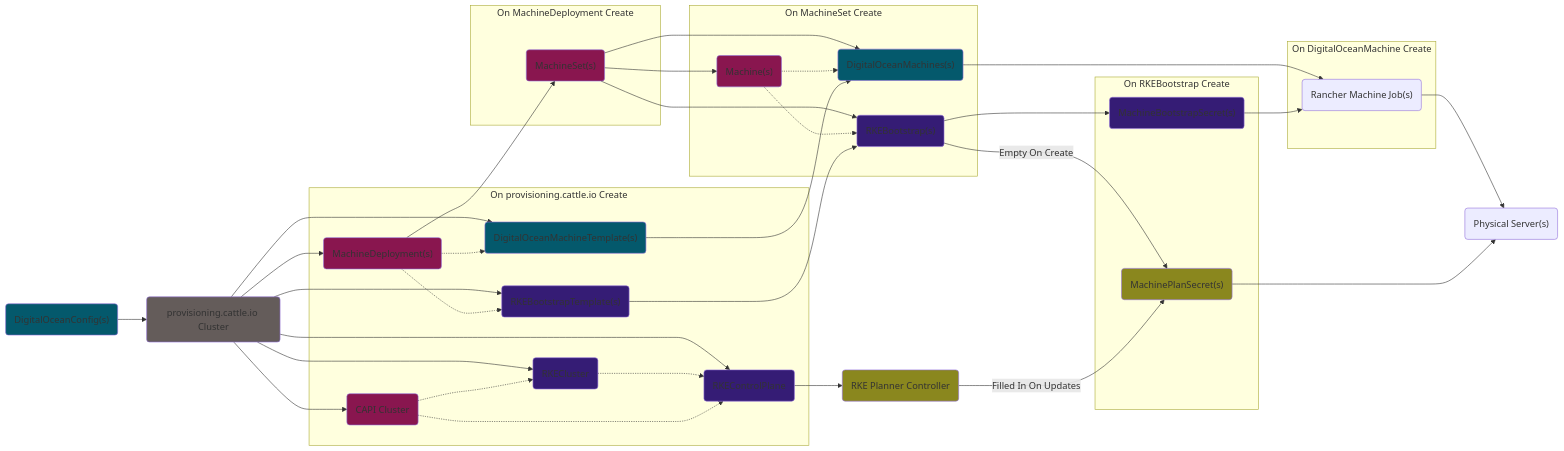
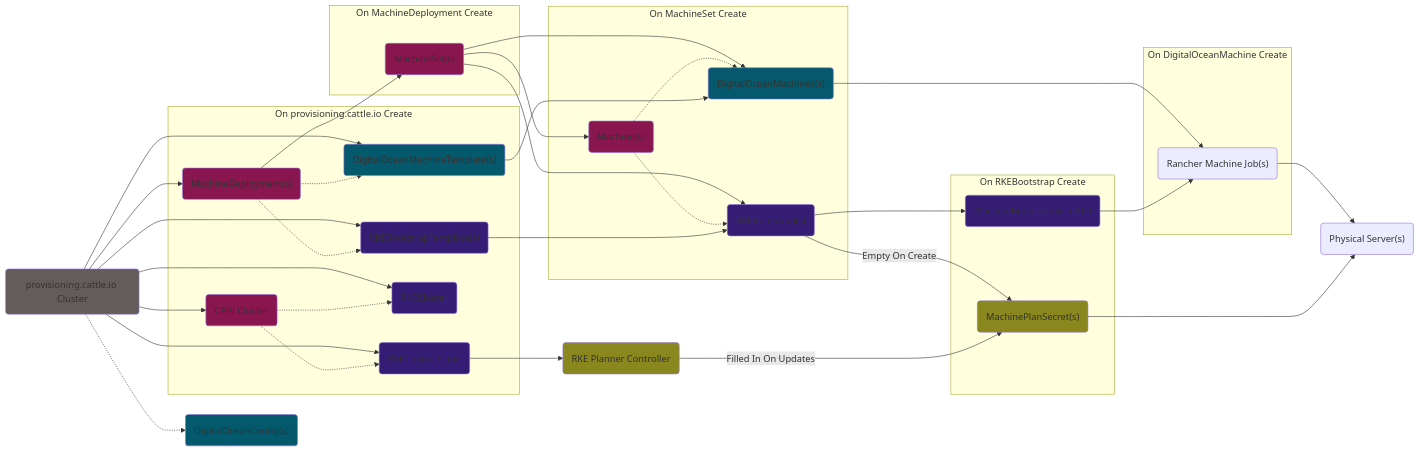
One commit to aiyengar2/k8s-docs changed the first of 3 diagrams in docs/provisioning/walkthrough.md. Above: the diagram before and after it, drawn with Mermaid. The commit also changed other lines of this file, not shown here.

```diff
--- a/docs/provisioning/walkthrough.md
+++ b/docs/provisioning/walkthrough.md
@@ -108,7 +108,7 @@
     %% Relationships
 
     %%%% MachinePool to Cluster
-    DigitalOceanConfig-->v1Cluster;
+    v1Cluster-.->DigitalOceanConfig;
 
     %%%% v1.Cluster Children
     v1Cluster-->capiCluster
@@ -117,9 +117,6 @@
     v1Cluster-->RKEBootstrapTemplate;
     v1Cluster-->RKECluster;
     v1Cluster-->RKEControlPlane;
-    
-    %%%% RKE Cluster References
-    RKECluster-.->RKEControlPlane
 
     %%%% CAPI Cluster References
     capiCluster-.->RKECluster
```
